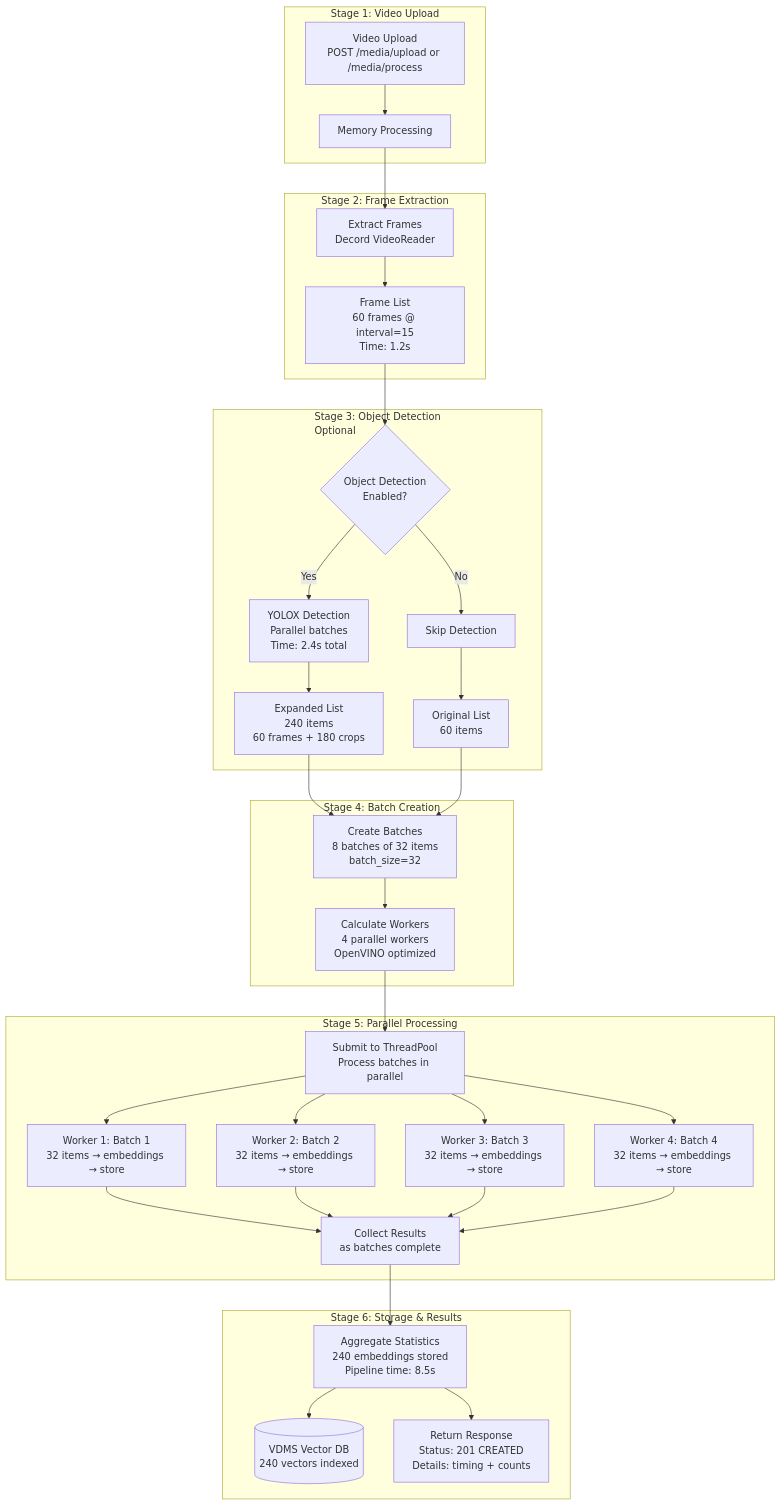
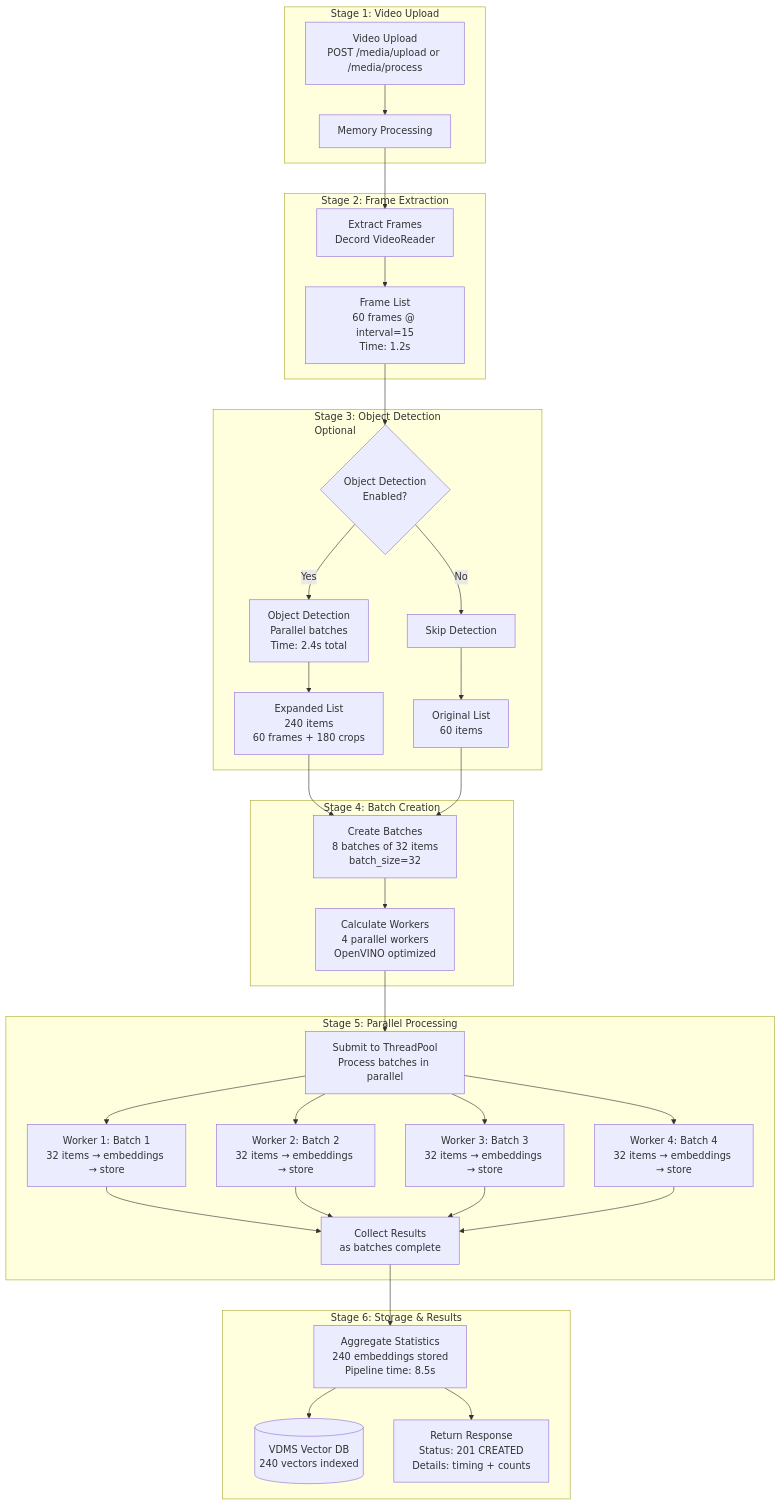
The ninth of 10 diagrams in microservices/visual-data-preparation-for-retrieval/multimodal-dataprep/docs/user-guide/how-it-works-ingestion-flow.md (open-edge-platform/edge-ai-libraries), drawn with Mermaid before and after one commit. The commit also changed other lines of this file and 312 other files, not shown here.

````diff
--- a/microservices/visual-data-preparation-for-retrieval/multimodal-dataprep/docs/user-guide/how-it-works-ingestion-flow.md
+++ b/microservices/visual-data-preparation-for-retrieval/multimodal-dataprep/docs/user-guide/how-it-works-ingestion-flow.md
@@ -578,45 +577,45 @@
 ```mermaid
 graph TB
     subgraph "Stage 1: Video Upload"
         A[Video Upload<br/>POST /media/upload or /media/process] --> C[Memory Processing]
     end
 
     subgraph "Stage 2: Frame Extraction"
         C --> E[Extract Frames<br/>Decord VideoReader]
         E --> F[Frame List<br/>60 frames @ interval=15<br/>Time: 1.2s]
     end
 
     subgraph "Stage 3: Object Detection<br/> Optional"
         F --> G{Object Detection<br/>Enabled?}
-        G -->|Yes| H[YOLOX Detection<br/>Parallel batches<br/>Time: 2.4s total]
+        G -->|Yes| H[Object Detection<br/>Parallel batches<br/>Time: 2.4s total]
         G -->|No| I[Skip Detection]
         H --> J[Expanded List<br/>240 items<br/>60 frames + 180 crops]
         I --> K[Original List<br/>60 items]
     end
 
     subgraph "Stage 4: Batch Creation"
         J --> L[Create Batches<br/>8 batches of 32 items<br/>batch_size=32]
         K --> L
         L --> M[Calculate Workers<br/>4 parallel workers<br/>OpenVINO optimized]
     end
 
     subgraph "Stage 5: Parallel Processing"
         M --> N[Submit to ThreadPool<br/>Process batches in parallel]
 
         N --> O1[Worker 1: Batch 1<br/>32 items → embeddings → store]
         N --> O2[Worker 2: Batch 2<br/>32 items → embeddings → store]
         N --> O3[Worker 3: Batch 3<br/>32 items → embeddings → store]
         N --> O4[Worker 4: Batch 4<br/>32 items → embeddings → store]
 
         O1 --> P[Collect Results<br/>as batches complete]
         O2 --> P
         O3 --> P
         O4 --> P
     end
 
     subgraph "Stage 6: Storage & Results"
         P --> Q[Aggregate Statistics<br/>240 embeddings stored<br/>Pipeline time: 8.5s]
         Q --> R[(VDMS Vector DB<br/>240 vectors indexed)]
         Q --> S[Return Response<br/>Status: 201 CREATED<br/>Details: timing + counts]
     end
 ```
````
